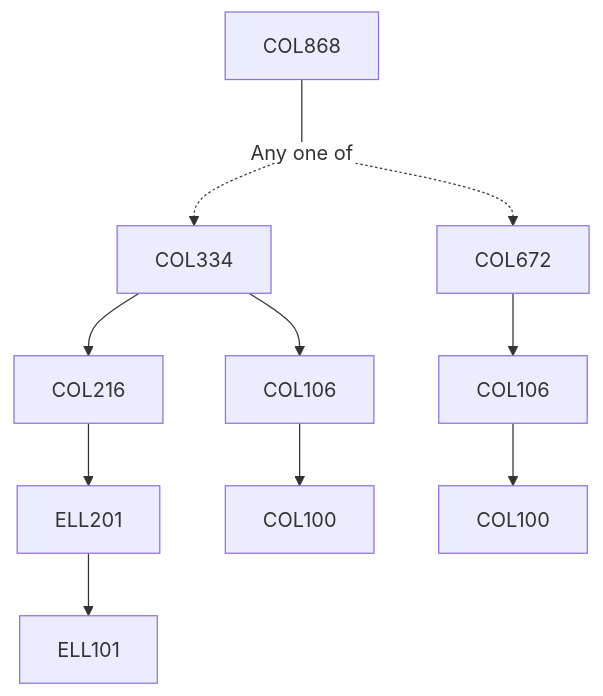
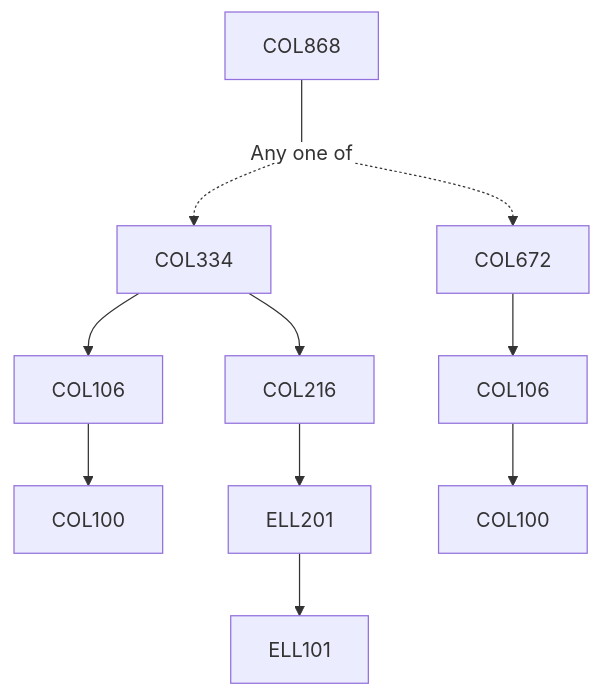
Before and after one commit to KeshavBansal0122/CoS_Website: the diagram in content/Computer Science and Engineering/COL868.md, drawn with Mermaid. The commit also changed other lines of this file and 392 other files, not shown here.

````diff
--- a/content/Computer Science and Engineering/COL868.md
+++ b/content/Computer Science and Engineering/COL868.md
@@ -13,17 +13,17 @@
 ```mermaid
 flowchart TD
 COL868-1336[COL868]
 COL868-1336 --- Or1337[Any one of]:::empty
+COL334-1338 --> COL106-1338[COL106]
+COL334-1338 --> COL216-1338[COL216]
+COL106-1338 --> COL100-1338[COL100]
 Or1337 -.-> COL334-1338[COL334]
 COL216-1338 --> ELL201-1338[ELL201]
-COL334-1338 --> COL216-1338[COL216]
 ELL201-1338 --> ELL101-1338[ELL101]
-COL334-1338 --> COL106-1338[COL106]
-COL106-1338 --> COL100-1338[COL100]
+COL672-1339 --> COL106-1339[COL106]
 Or1337 -.-> COL672-1339[COL672]
-COL672-1339 --> COL106-1339[COL106]
 COL106-1339 --> COL100-1339[COL100]
 
 classDef empty height:17px, fill:transparent, stroke:transparent;
 classDef trueEmpty height:0px, width:0px;
 ```
````
